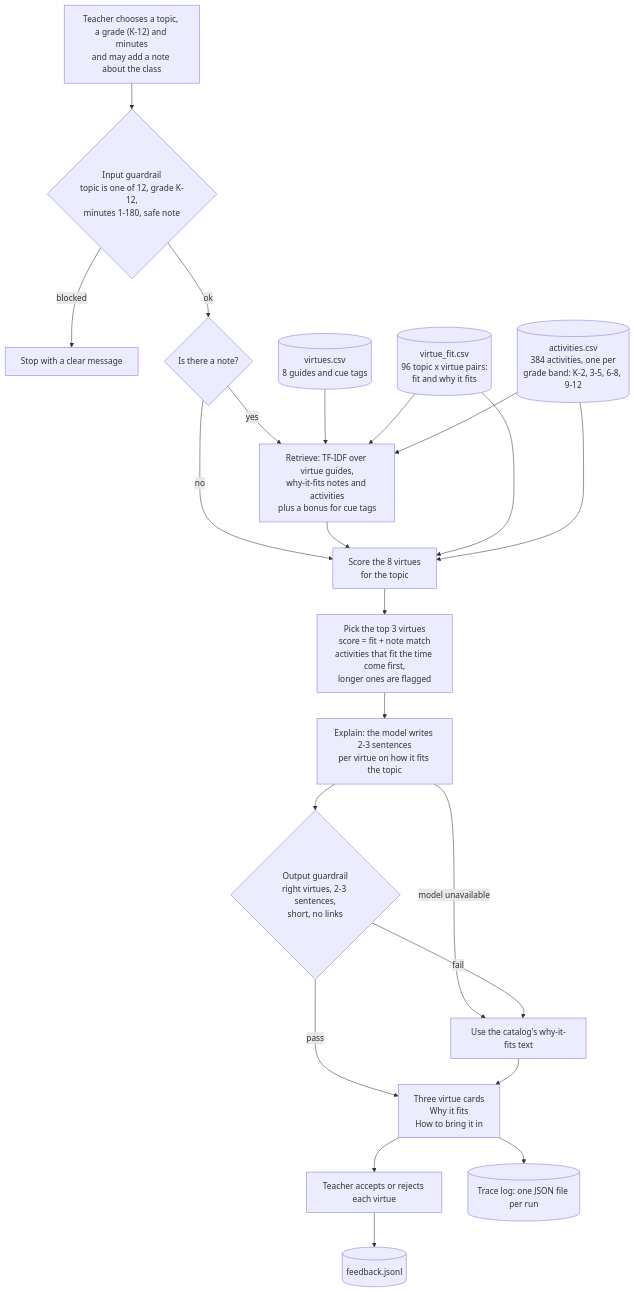
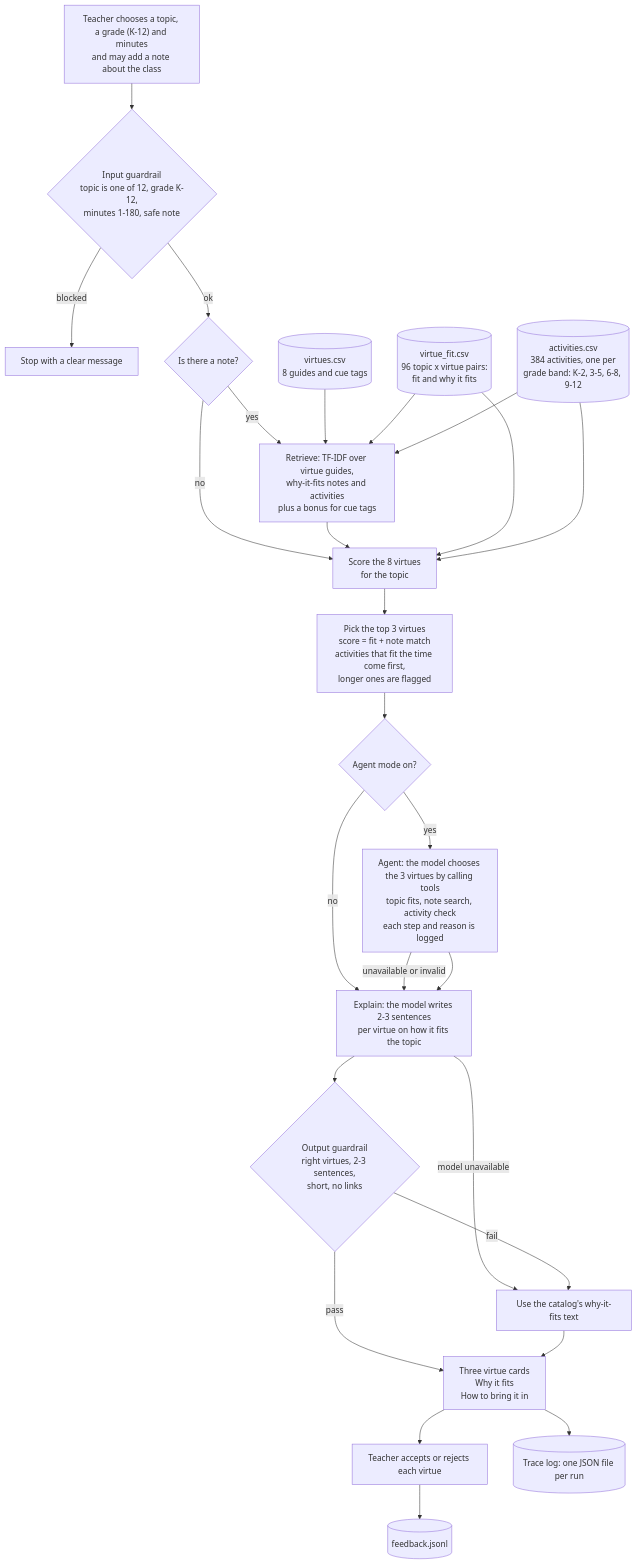
Before and after one commit to engymanee/VirtueWeave: the diagram in assets/flowchart.mmd, drawn with Mermaid. The commit also changed 12 other files, not shown here.

```diff
--- a/assets/flowchart.mmd
+++ b/assets/flowchart.mmd
@@ -1,25 +1,30 @@
 flowchart TD
     A["Teacher chooses a topic, a grade (K-12) and minutes<br/>and may add a note about the class"] --> B{"Input guardrail<br/>topic is one of 12, grade K-12,<br/>minutes 1-180, safe note"}
     B -- blocked --> X["Stop with a clear message"]
     B -- ok --> C{"Is there a note?"}
 
     C -- yes --> R["Retrieve: TF-IDF over virtue guides,<br/>why-it-fits notes and activities<br/>plus a bonus for cue tags"]
     C -- no --> K["Score the 8 virtues<br/>for the topic"]
     R --> K
 
     G[("virtues.csv<br/>8 guides and cue tags")] --> R
     W[("virtue_fit.csv<br/>96 topic x virtue pairs:<br/>fit and why it fits")] --> R
     W --> K
     AC[("activities.csv<br/>384 activities, one per<br/>grade band: K-2, 3-5, 6-8, 9-12")] --> R
     AC --> K
 
     K --> T3["Pick the top 3 virtues<br/>score = fit + note match<br/>activities that fit the time come first,<br/>longer ones are flagged"]
-    T3 --> E["Explain: the model writes 2-3 sentences<br/>per virtue on how it fits the topic"]
+    T3 --> M{"Agent mode on?"}
+    M -- no --> E
+    M -- yes --> AG["Agent: the model chooses the 3 virtues by calling tools<br/>topic fits, note search, activity check<br/>each step and reason is logged"]
+    AG -- unavailable or invalid --> E
+    AG --> E
+    E["Explain: the model writes 2-3 sentences<br/>per virtue on how it fits the topic"]
     E -- model unavailable --> H["Use the catalog's why-it-fits text"]
     E --> F{"Output guardrail<br/>right virtues, 2-3 sentences,<br/>short, no links"}
     F -- fail --> H
     F -- pass --> I["Three virtue cards<br/>Why it fits<br/>How to bring it in"]
     H --> I
     I --> J["Teacher accepts or rejects each virtue"]
     J --> FB[("feedback.jsonl")]
     I --> TR[("Trace log: one JSON file per run")]
```
